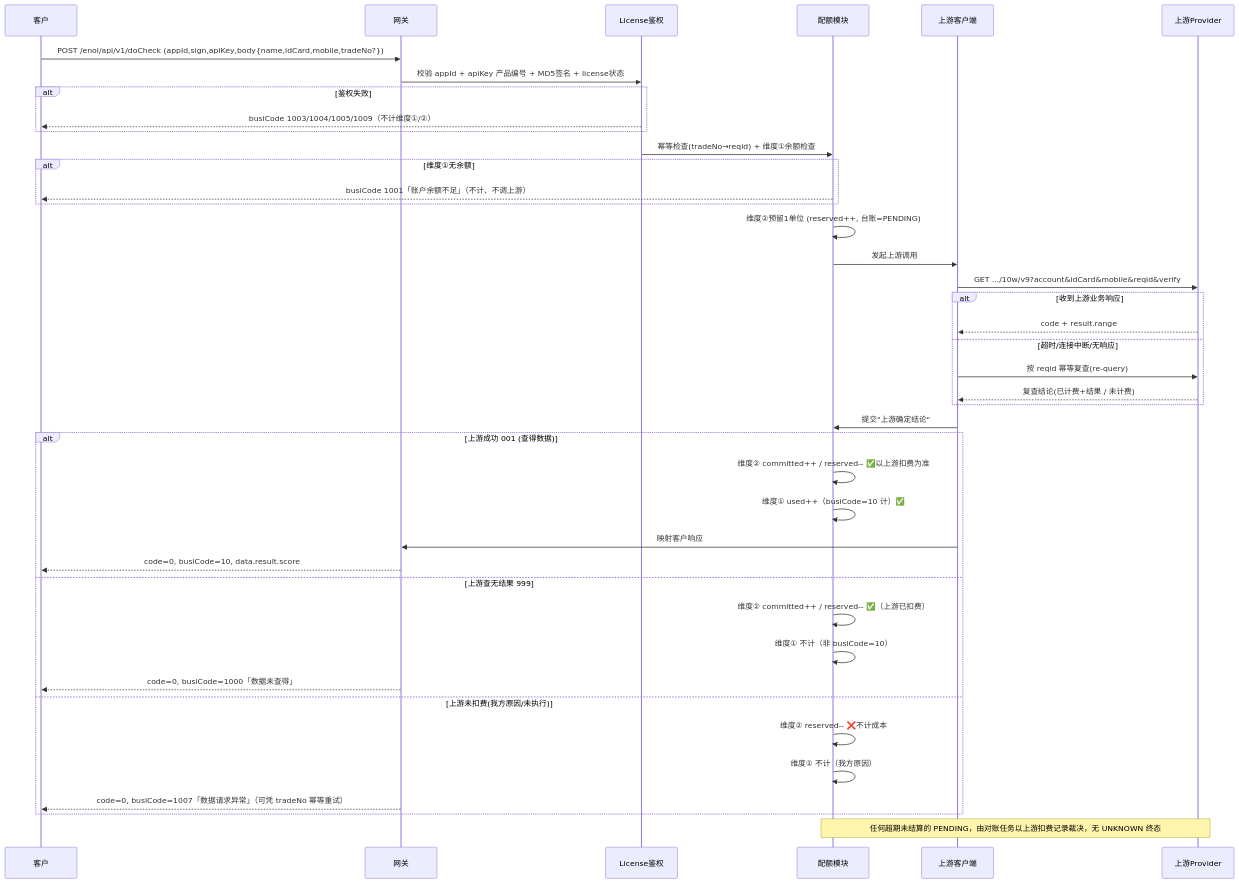
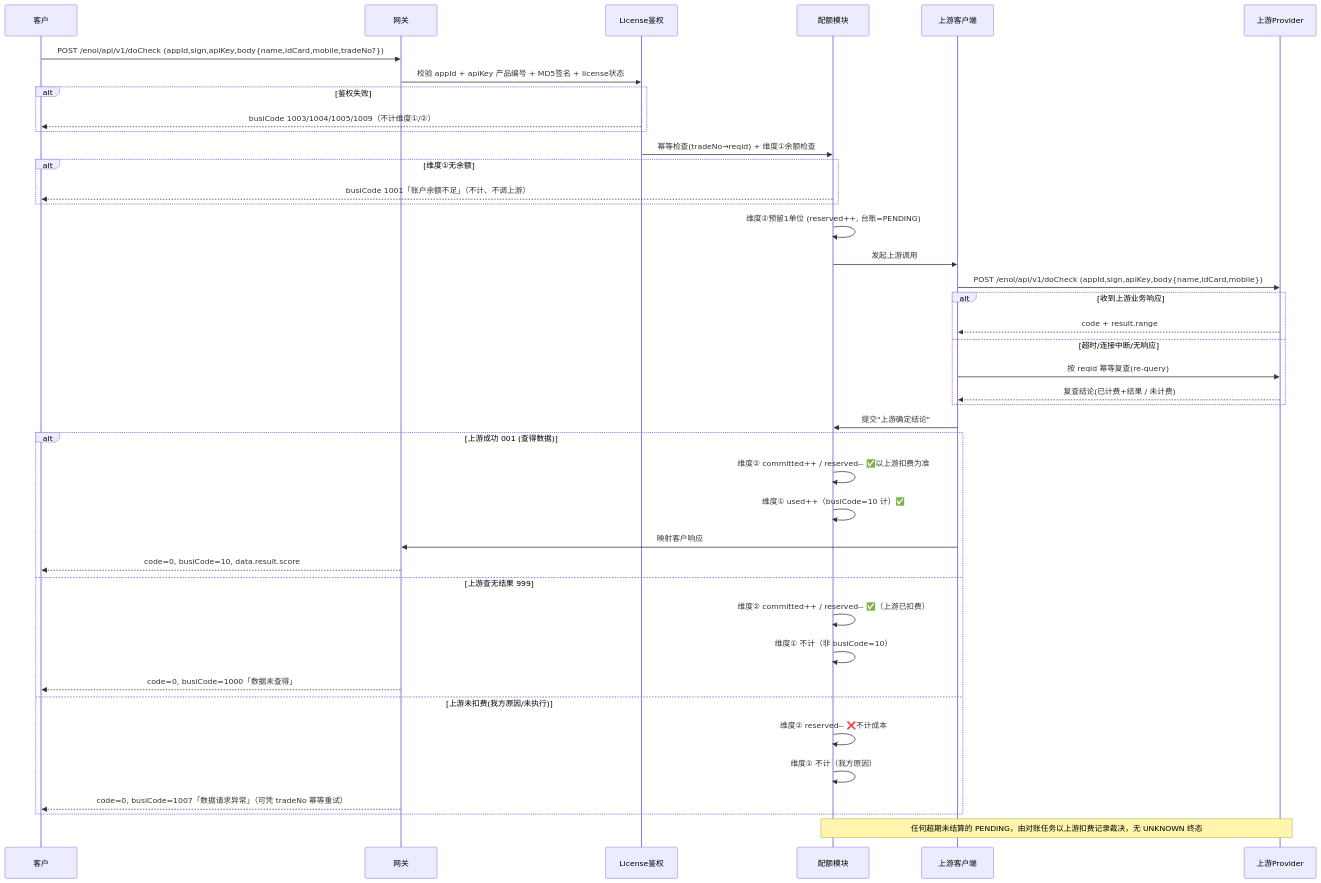
Before and after one commit to YunChen1227/DataHub: the second of 3 diagrams in docs/DESIGN.md, drawn with Mermaid. The commit also changed other lines of this file and 54 other files, not shown here.

````diff
--- a/docs/DESIGN.md
+++ b/docs/DESIGN.md
@@ -109,46 +109,46 @@
 ```mermaid
 sequenceDiagram
     participant C as 客户
     participant GW as 网关
     participant L as License鉴权
     participant Q as 配额模块
     participant U as 上游客户端
     participant P as 上游Provider
 
     C->>GW: POST /enol/api/v1/doCheck (appId,sign,apiKey,body{name,idCard,mobile,tradeNo?})
     GW->>L: 校验 appId + apiKey 产品编号 + MD5签名 + license状态
     alt 鉴权失败
         L-->>C: busiCode 1003/1004/1005/1009（不计维度①/②）
     end
     L->>Q: 幂等检查(tradeNo→reqid) + 维度①余额检查
     alt 维度①无余额
         Q-->>C: busiCode 1001「账户余额不足」（不计、不调上游）
     end
     Q->>Q: 维度②预留1单位 (reserved++, 台账=PENDING)
     Q->>U: 发起上游调用
-    U->>P: GET .../10w/v9?account&idCard&mobile&reqid&verify
+    U->>P: POST /enol/api/v1/doCheck (appId,sign,apiKey,body{name,idCard,mobile})
 
     alt 收到上游业务响应
         P-->>U: code + result.range
     else 超时/连接中断/无响应
         U->>P: 按 reqid 幂等复查(re-query)
         P-->>U: 复查结论(已计费+结果 / 未计费)
     end
 
     U->>Q: 提交"上游确定结论"
     alt 上游成功 001 (查得数据)
         Q->>Q: 维度② committed++ / reserved-- ✅以上游扣费为准
         Q->>Q: 维度① used++（busiCode=10 计）✅
         U->>GW: 映射客户响应
         GW-->>C: code=0, busiCode=10, data.result.score
     else 上游查无结果 999
         Q->>Q: 维度② committed++ / reserved-- ✅（上游已扣费）
         Q->>Q: 维度① 不计（非 busiCode=10）
         GW-->>C: code=0, busiCode=1000「数据未查得」
     else 上游未扣费(我方原因/未执行)
         Q->>Q: 维度② reserved-- ❌不计成本
         Q->>Q: 维度① 不计（我方原因）
         GW-->>C: code=0, busiCode=1007「数据请求异常」（可凭 tradeNo 幂等重试）
     end
     note over Q,P: 任何超期未结算的 PENDING，由对账任务以上游扣费记录裁决，无 UNKNOWN 终态
 ```
````
